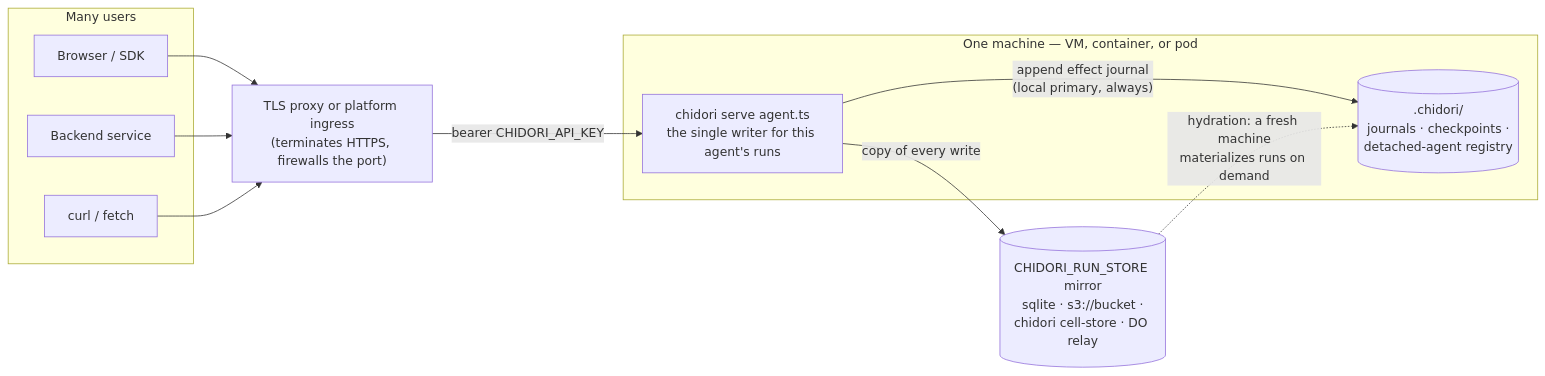
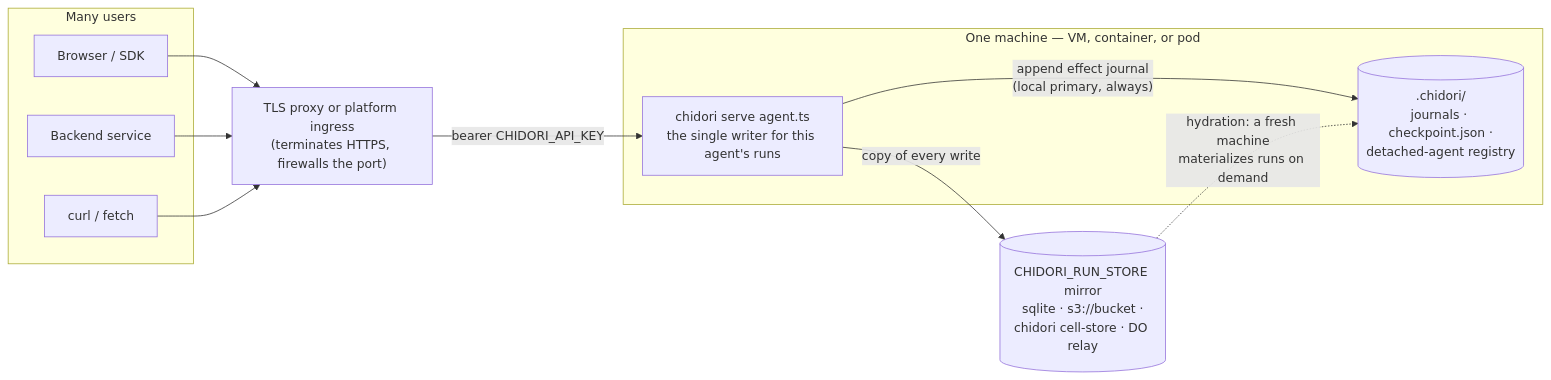
The first of 4 diagrams in docs/deployment.md (ThousandBirdsInc/chidori), drawn with Mermaid before and after one commit. The commit also changed other lines of this file and 31 other files, not shown here.

````diff
--- a/docs/deployment.md
+++ b/docs/deployment.md
@@ -24,25 +25,25 @@
 ```mermaid
 flowchart LR
     subgraph clients["Many users"]
         u1["Browser / SDK"]
         u2["Backend service"]
         u3["curl / fetch"]
     end
 
     proxy["TLS proxy or platform ingress<br/>(terminates HTTPS, firewalls the port)"]
 
     subgraph host["One machine — VM, container, or pod"]
         server["chidori serve agent.ts<br/>the single writer for this agent's runs"]
-        state[(".chidori/<br/>journals · checkpoints ·<br/>detached-agent registry")]
+        state[(".chidori/<br/>journals · checkpoint.json ·<br/>detached-agent registry")]
     end
 
     mirror[("CHIDORI_RUN_STORE mirror<br/>sqlite · s3://bucket ·<br/>chidori cell-store · DO relay")]
 
     u1 --> proxy
     u2 --> proxy
     u3 --> proxy
     proxy -->|"bearer CHIDORI_API_KEY"| server
     server -->|"append effect journal<br/>(local primary, always)"| state
     server -->|"copy of every write"| mirror
     mirror -.->|"hydration: a fresh machine<br/>materializes runs on demand"| state
 ```
````
